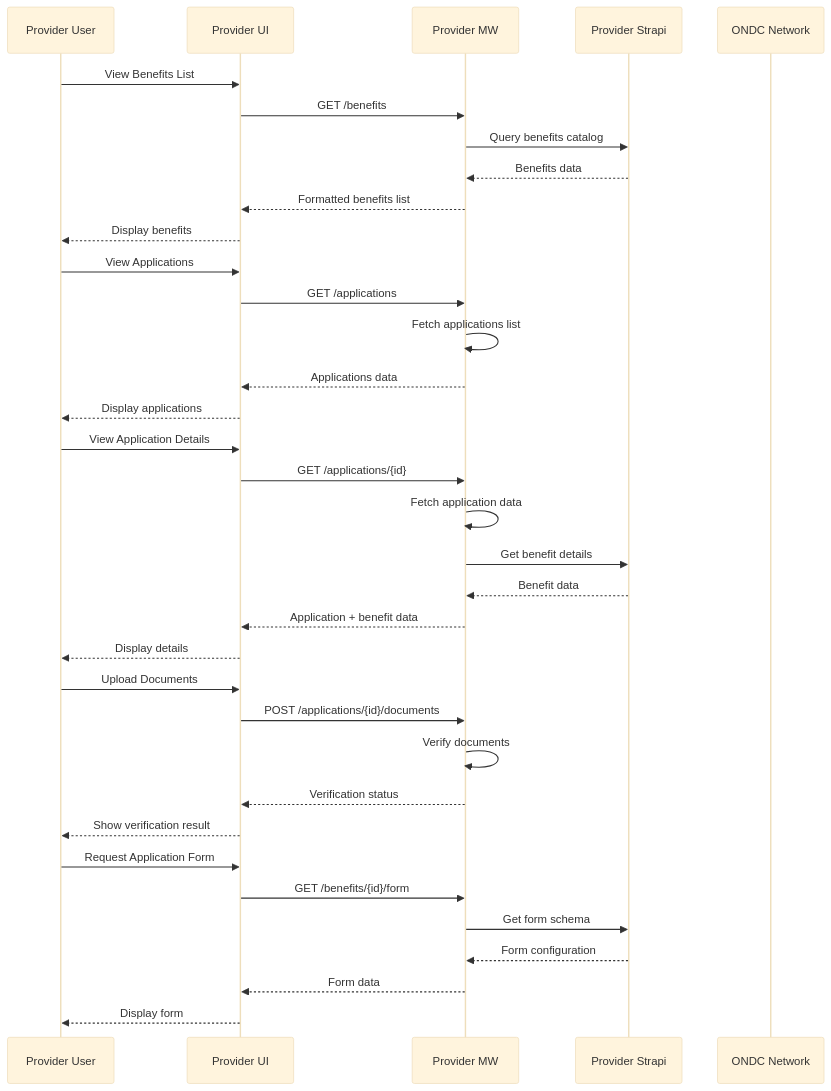
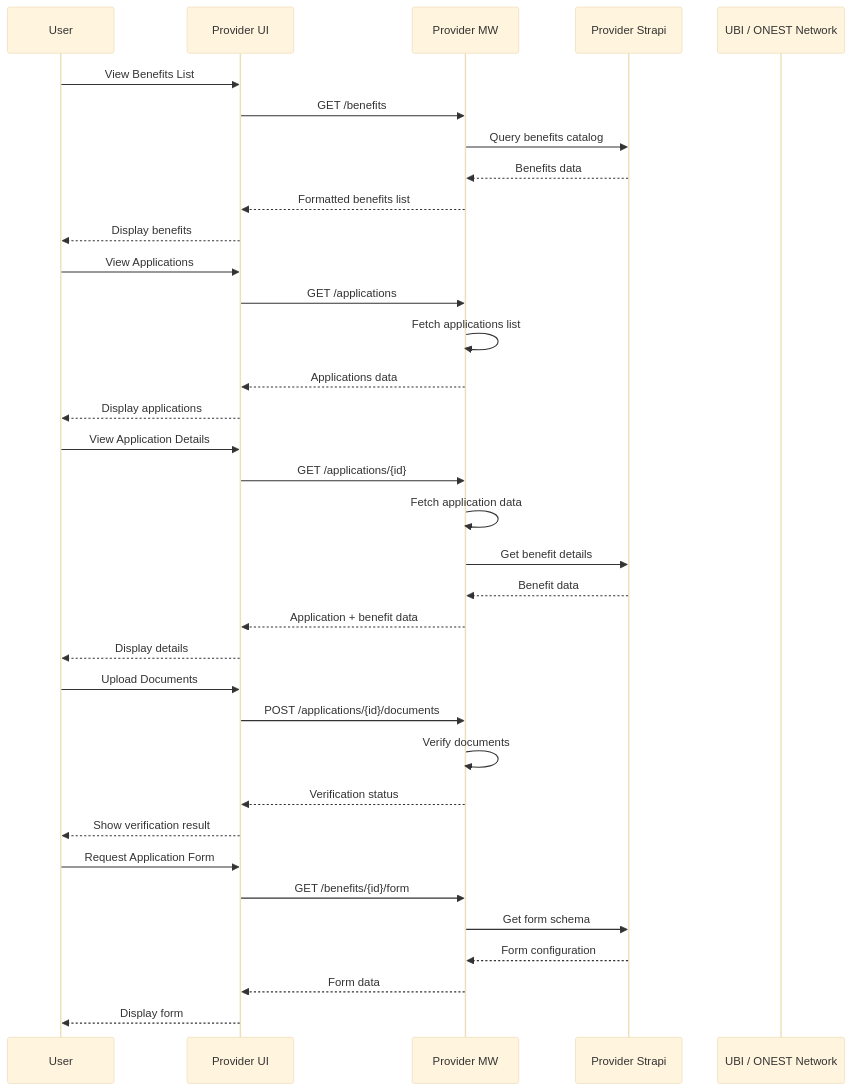
The second of 3 diagrams in docs/arch-diagrams.md (rajnishdargan/ubi-strapi-provider-mw), drawn with Mermaid (base theme) before and after one commit. The commit also changed other lines of this file and 2 other files, not shown here.

Commit message:
Issue #246252 chore: Adding diagrams

````diff
--- a/docs/arch-diagrams.md
+++ b/docs/arch-diagrams.md
@@ -47,47 +47,47 @@
 ```mermaid
 sequenceDiagram
-    participant U as Provider User
+    participant U as User
     participant UI as Provider UI
     participant MW as Provider MW
     participant CMS as Provider Strapi
-    participant ONDC as ONDC Network
+    participant ONDC as UBI / ONEST Network
 
     %% Benefits List Flow
     U->>UI: View Benefits List
     UI->>MW: GET /benefits
     MW->>CMS: Query benefits catalog
     CMS-->>MW: Benefits data
     MW-->>UI: Formatted benefits list
     UI-->>U: Display benefits
 
     %% Applications List Flow
     U->>UI: View Applications
     UI->>MW: GET /applications
     MW->>MW: Fetch applications list
     MW-->>UI: Applications data
     UI-->>U: Display applications
 
     %% Application Details Flow
     U->>UI: View Application Details
     UI->>MW: GET /applications/{id}
     MW->>MW: Fetch application data
     MW->>CMS: Get benefit details
     CMS-->>MW: Benefit data
     MW-->>UI: Application + benefit data
     UI-->>U: Display details
 
     %% Document Verification
     U->>UI: Upload Documents
     UI->>MW: POST /applications/{id}/documents
     MW->>MW: Verify documents
     MW-->>UI: Verification status
     UI-->>U: Show verification result
 
     %% Application Form
     U->>UI: Request Application Form
     UI->>MW: GET /benefits/{id}/form
     MW->>CMS: Get form schema
     CMS-->>MW: Form configuration
     MW-->>UI: Form data
     UI-->>U: Display form
 ```
````
